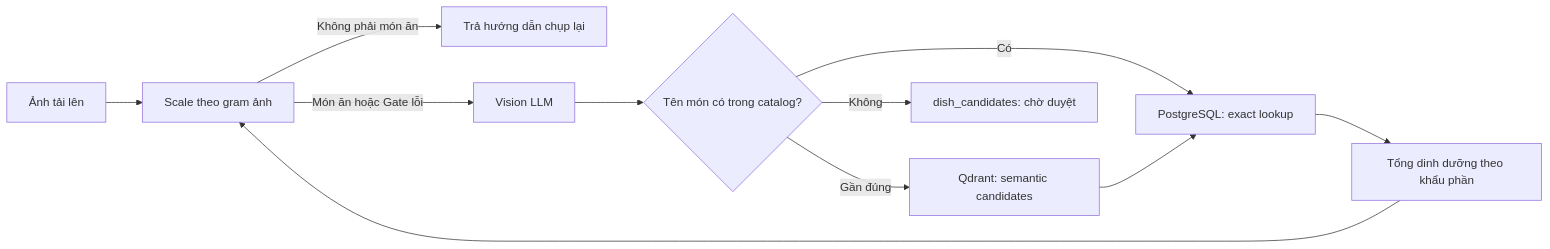
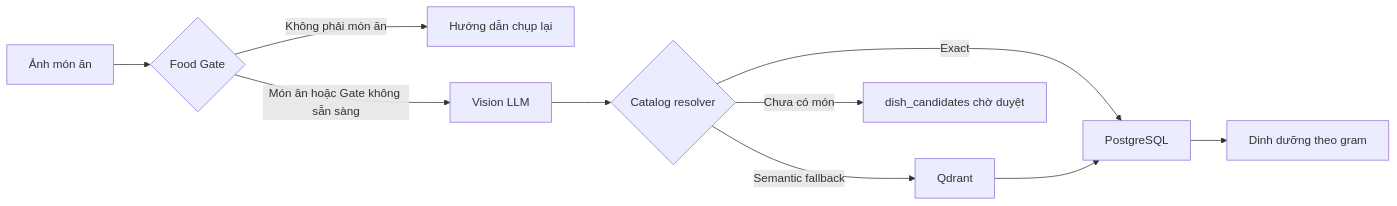
The diagram in README.md (LongFixBug/Dish-AI), drawn with Mermaid before and after one commit. The commit also changed other lines of this file and 1 other file, not shown here.

````diff
--- a/README.md
+++ b/README.md
@@ -9,13 +7,12 @@
 ```mermaid
 flowchart LR
-    A[Ảnh tải lên] --> G{Food Gate}
-    G -->|Không phải món ăn| N[Trả hướng dẫn chụp lại]
-    G -->|Món ăn hoặc Gate lỗi| B[Vision LLM]
-    B --> C{Tên món có trong catalog?}
-    C -->|Có| D[PostgreSQL: exact lookup]
-    C -->|Gần đúng| Q[Qdrant: semantic candidates]
-    Q --> D
-    C -->|Không| E[dish_candidates: chờ duyệt]
-    D --> F[Tổng dinh dưỡng theo khẩu phần]
-    F --> G[Scale theo gram ảnh]
+    A[Ảnh món ăn] --> G{Food Gate}
+    G -->|Không phải món ăn| B[Hướng dẫn chụp lại]
+    G -->|Món ăn hoặc Gate không sẵn sàng| V[Vision LLM]
+    V --> R{Catalog resolver}
+    R -->|Exact| P[PostgreSQL]
+    R -->|Semantic fallback| Q[Qdrant]
+    Q --> P
+    R -->|Chưa có món| C[dish_candidates chờ duyệt]
+    P --> N[Dinh dưỡng theo gram]
 ```
````
